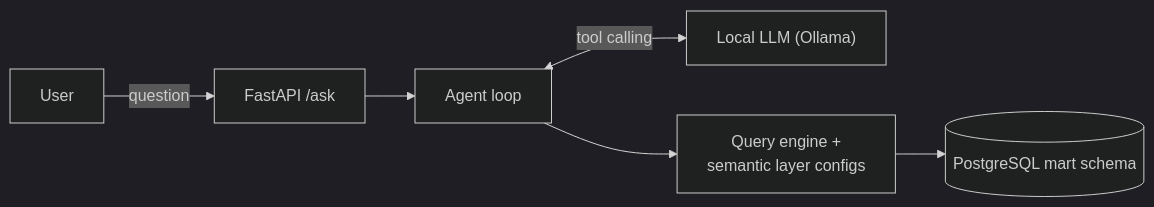
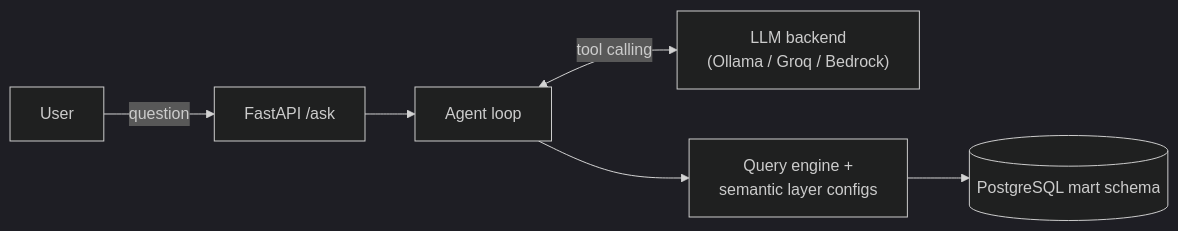
One commit to vkniazeva/ai-analytics-agent changed the second of 2 diagrams in README.md. Above: the diagram before and after it, drawn with Mermaid (dark theme). The commit also changed other lines of this file, not shown here.

````diff
--- a/README.md
+++ b/README.md
@@ -285,8 +287,8 @@
 ```mermaid
 flowchart LR
     User -->|question| API["FastAPI /ask"]
     API --> AgentLoop["Agent loop"]
-    AgentLoop <-->|tool calling| LLM["Local LLM (Ollama)"]
-    AgentLoop --> QueryEngine["Query engine +\nsemantic layer configs"]
+    AgentLoop <-->|tool calling| LLM["LLM backend<br/>(Ollama / Groq / Bedrock)"]
+    AgentLoop --> QueryEngine["Query engine +<br/>semantic layer configs"]
     QueryEngine --> DB[("PostgreSQL mart schema")]
 ```
````
